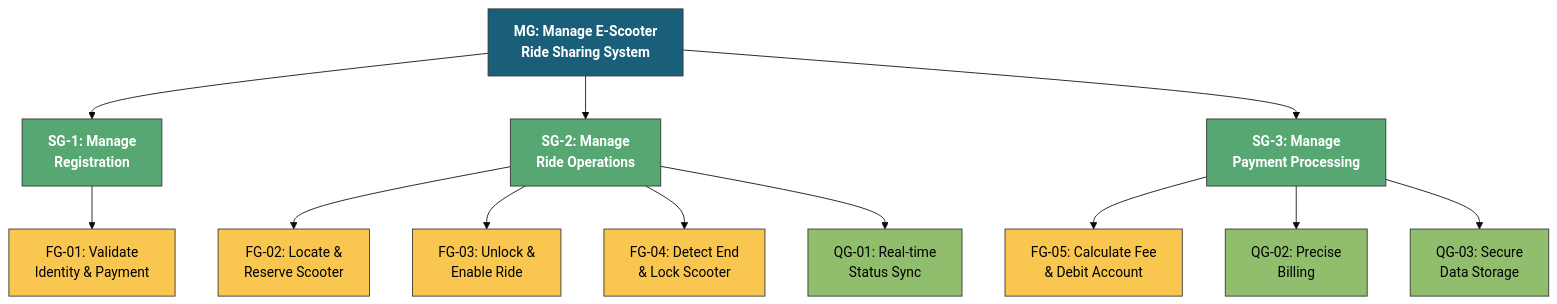
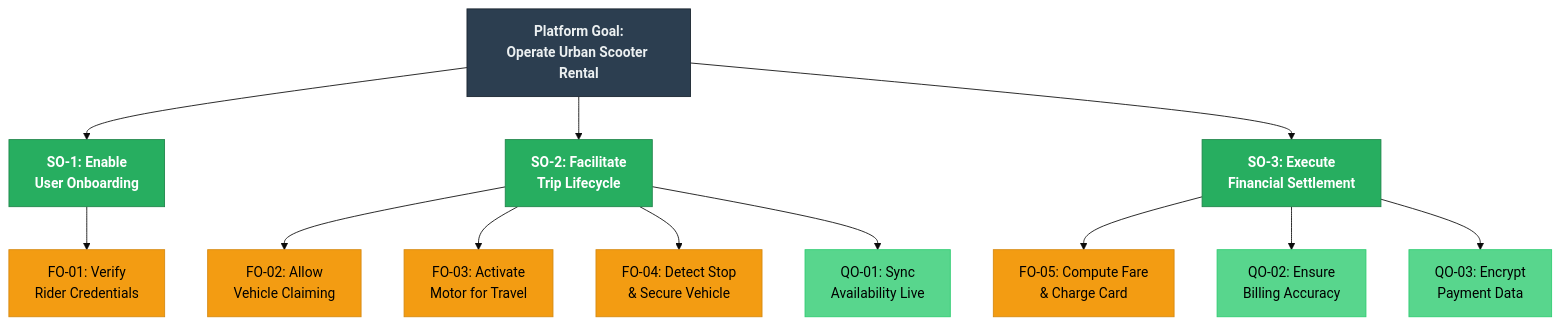
One commit to Siddharthpatni/Requirment_Asssignment changed the diagram in Exercise_04/goal_diagram.mmd. Above: the diagram before and after it, drawn with Mermaid (base theme). The commit also changed 9 other files, not shown here.

```diff
--- a/Exercise_04/goal_diagram.mmd
+++ b/Exercise_04/goal_diagram.mmd
@@ -1,49 +1,49 @@
 graph TD
-    %% Level 1: Main Goal
-    MG["<b>MG: Manage E-Scooter<br/>Ride Sharing System</b>"]
+    %% Tier 1: Platform Goal
+    PG["<b>Platform Goal:<br/>Operate Urban Scooter Rental</b>"]
     
-    %% Level 2: Sub-Goals
-    SG1["<b>SG-1: Manage<br/>Registration</b>"]
-    SG2["<b>SG-2: Manage<br/>Ride Operations</b>"]
-    SG3["<b>SG-3: Manage<br/>Payment Processing</b>"]
+    %% Tier 2: Sub-Objectives
+    SO1["<b>SO-1: Enable<br/>User Onboarding</b>"]
+    SO2["<b>SO-2: Facilitate<br/>Trip Lifecycle</b>"]
+    SO3["<b>SO-3: Execute<br/>Financial Settlement</b>"]
     
-    %% Level 3: Leaf Goals - Functional
-    FG01["FG-01: Validate<br/>Identity & Payment"]
-    FG02["FG-02: Locate &<br/>Reserve Scooter"]
-    FG03["FG-03: Unlock &<br/>Enable Ride"]
-    FG04["FG-04: Detect End<br/>& Lock Scooter"]
-    FG05["FG-05: Calculate Fee<br/>& Debit Account"]
+    %% Tier 3: Leaf Objectives - Functional
+    FO01["FO-01: Verify<br/>Rider Credentials"]
+    FO02["FO-02: Allow<br/>Vehicle Claiming"]
+    FO03["FO-03: Activate<br/>Motor for Travel"]
+    FO04["FO-04: Detect Stop<br/>& Secure Vehicle"]
+    FO05["FO-05: Compute Fare<br/>& Charge Card"]
     
-    %% Level 3: Leaf Goals - Quality
-    QG01["QG-01: Real-time<br/>Status Sync"]
-    QG02["QG-02: Precise<br/>Billing"]
-    QG03["QG-03: Secure<br/>Data Storage"]
+    %% Tier 3: Leaf Objectives - Quality
+    QO01["QO-01: Sync<br/>Availability Live"]
+    QO02["QO-02: Ensure<br/>Billing Accuracy"]
+    QO03["QO-03: Encrypt<br/>Payment Data"]
     
-    %% Connections Level 1 to 2
-    MG --> SG1
-    MG --> SG2
-    MG --> SG3
+    %% Connections Tier 1 to 2
+    PG --> SO1
+    PG --> SO2
+    PG --> SO3
     
-    %% Connections Level 2 to 3
-    SG1 --> FG01
-    SG2 --> FG02
-    SG2 --> FG03
-    SG2 --> FG04
-    SG2 --> QG01
-    SG3 --> FG05
-    SG3 --> QG02
-    SG3 --> QG03
+    %% Connections Tier 2 to 3
+    SO1 --> FO01
+    SO2 --> FO02
+    SO2 --> FO03
+    SO2 --> FO04
+    SO2 --> QO01
+    SO3 --> FO05
+    SO3 --> QO02
+    SO3 --> QO03
     
-    %% Styling
-    style MG fill:#1a5f7a,stroke:#333,color:#fff
-    style SG1 fill:#57a773,stroke:#333,color:#fff
-    style SG2 fill:#57a773,stroke:#333,color:#fff
-    style SG3 fill:#57a773,stroke:#333,color:#fff
-    style FG01 fill:#f9c74f,stroke:#333,color:#000
-    style FG02 fill:#f9c74f,stroke:#333,color:#000
-    style FG03 fill:#f9c74f,stroke:#333,color:#000
-    style FG04 fill:#f9c74f,stroke:#333,color:#000
-    style FG05 fill:#f9c74f,stroke:#333,color:#000
-    style QG01 fill:#90be6d,stroke:#333,color:#000
-    style QG02 fill:#90be6d,stroke:#333,color:#000
-    style QG03 fill:#90be6d,stroke:#333,color:#000
+    %% Visual Styling
+    style PG fill:#2c3e50,stroke:#1a252f,color:#ecf0f1
+    style SO1 fill:#27ae60,stroke:#1e8449,color:#fff
+    style SO2 fill:#27ae60,stroke:#1e8449,color:#fff
+    style SO3 fill:#27ae60,stroke:#1e8449,color:#fff
+    style FO01 fill:#f39c12,stroke:#d68910,color:#000
+    style FO02 fill:#f39c12,stroke:#d68910,color:#000
+    style FO03 fill:#f39c12,stroke:#d68910,color:#000
+    style FO04 fill:#f39c12,stroke:#d68910,color:#000
+    style FO05 fill:#f39c12,stroke:#d68910,color:#000
+    style QO01 fill:#58d68d,stroke:#2ecc71,color:#000
+    style QO02 fill:#58d68d,stroke:#2ecc71,color:#000
+    style QO03 fill:#58d68d,stroke:#2ecc71,color:#000
```
